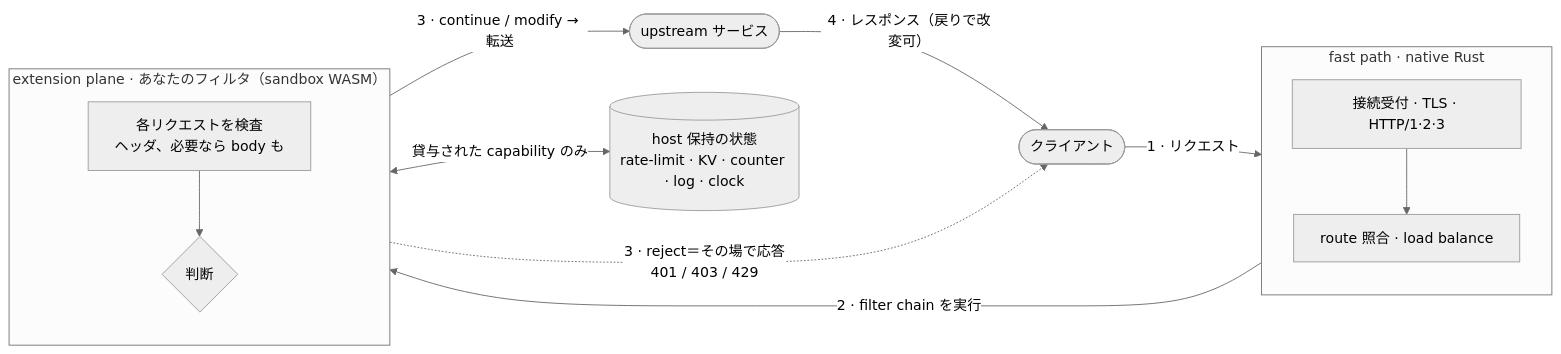
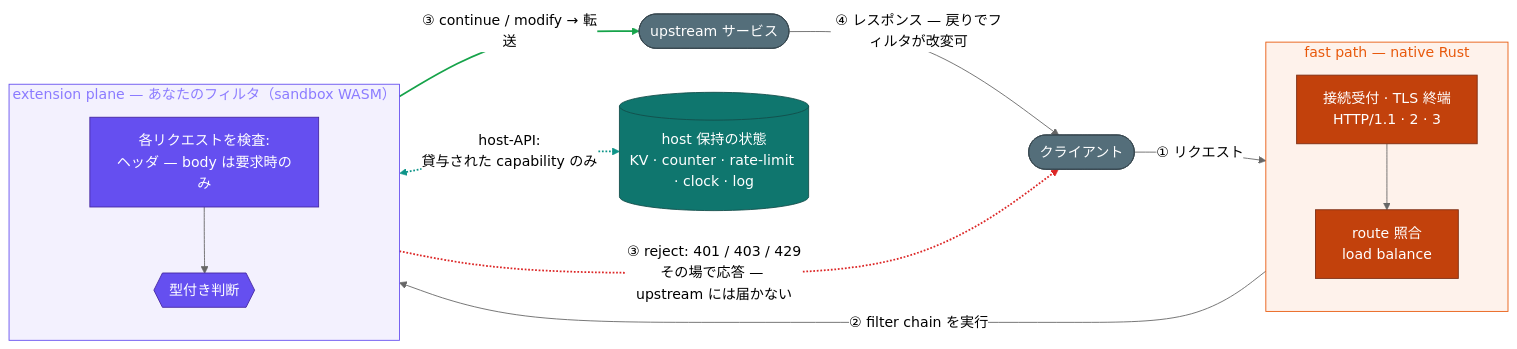
One commit to Kaikei-e/PlectoProxy changed the diagram in README.ja.md. Above: the diagram before and after it, drawn with Mermaid (neutral theme). The commit also changed 1 other file, not shown here.

Commit message:
docs(README): enhance flowchart descriptions and formatting in English and Japanese
Updated the flowchart sections in both README files to improve clarity and consistency. Changes include rephrasing labels, adjusting formatting for better readability, and refining the descriptions of request handling and decision-making processes.

````diff
--- a/README.ja.md
+++ b/README.ja.md
@@ -26,28 +26,44 @@
 ```mermaid
 flowchart LR
     client(["クライアント"])
     upstream(["upstream サービス"])
 
-    subgraph fast["fast path · native Rust"]
+    subgraph fast["fast path — native Rust"]
         direction TB
-        edge["接続受付 · TLS · HTTP/1·2·3"]
-        route["route 照合 · load balance"]
+        edge["接続受付 · TLS 終端<br/>HTTP/1.1 · 2 · 3"]
+        route["route 照合<br/>load balance"]
         edge --> route
     end
 
-    subgraph ext["extension plane · あなたのフィルタ（sandbox WASM）"]
+    subgraph ext["extension plane — あなたのフィルタ（sandbox WASM）"]
         direction TB
-        inspect["各リクエストを検査<br/>ヘッダ、必要なら body も"]
-        decide{"判断"}
+        inspect["各リクエストを検査:<br/>ヘッダ — body は要求時のみ"]
+        decide{{"型付き判断"}}
         inspect --> decide
     end
 
-    state[("host 保持の状態<br/>rate-limit · KV · counter · log · clock")]
+    state[("host 保持の状態<br/>KV · counter · rate-limit · clock · log")]
 
-    client -->|"1 · リクエスト"| edge
-    route -->|"2 · filter chain を実行"| inspect
-    decide -->|"3 · continue / modify → 転送"| upstream
-    decide -.->|"3 · reject＝その場で応答<br/>401 / 403 / 429"| client
-    upstream -->|"4 · レスポンス（戻りで改変可）"| client
-    decide <-->|"貸与された capability のみ"| state
+    client -- "① リクエスト" --> edge
+    route -- "② filter chain を実行" --> inspect
+    decide -- "③ continue / modify → 転送" --> upstream
+    decide -. "③ reject: 401 / 403 / 429<br/>その場で応答 — upstream には届かない" .-> client
+    upstream -- "④ レスポンス — 戻りでフィルタが改変可" --> client
+    inspect <-. "host-API:<br/>貸与された capability のみ" .-> state
+
+    classDef endpoint fill:#546e7a,stroke:#37474f,color:#ffffff
+    classDef fastNode fill:#c2410c,stroke:#7c2d12,color:#ffffff
+    classDef wasmNode fill:#654ff0,stroke:#4527a0,color:#ffffff
+    classDef stateNode fill:#0f766e,stroke:#134e4a,color:#ffffff
+    class client,upstream endpoint
+    class edge,route fastNode
+    class inspect,decide wasmNode
+    class state stateNode
+
+    style fast fill:#e8590c14,stroke:#e8590c,color:#e8590c
+    style ext fill:#654ff014,stroke:#654ff0,color:#8b7bff
+
+    linkStyle 4 stroke:#16a34a,stroke-width:2px
+    linkStyle 5 stroke:#dc2626,stroke-width:2px
+    linkStyle 7 stroke:#0d9488,stroke-width:2px
 ```
````
